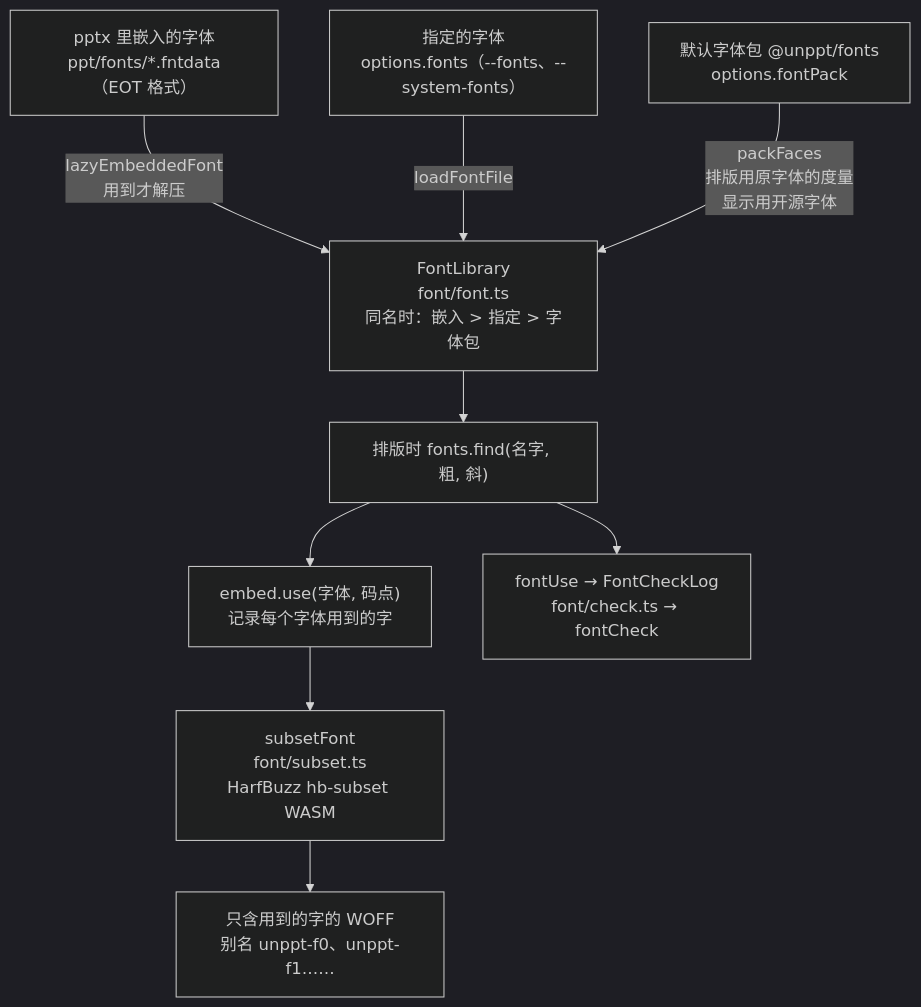
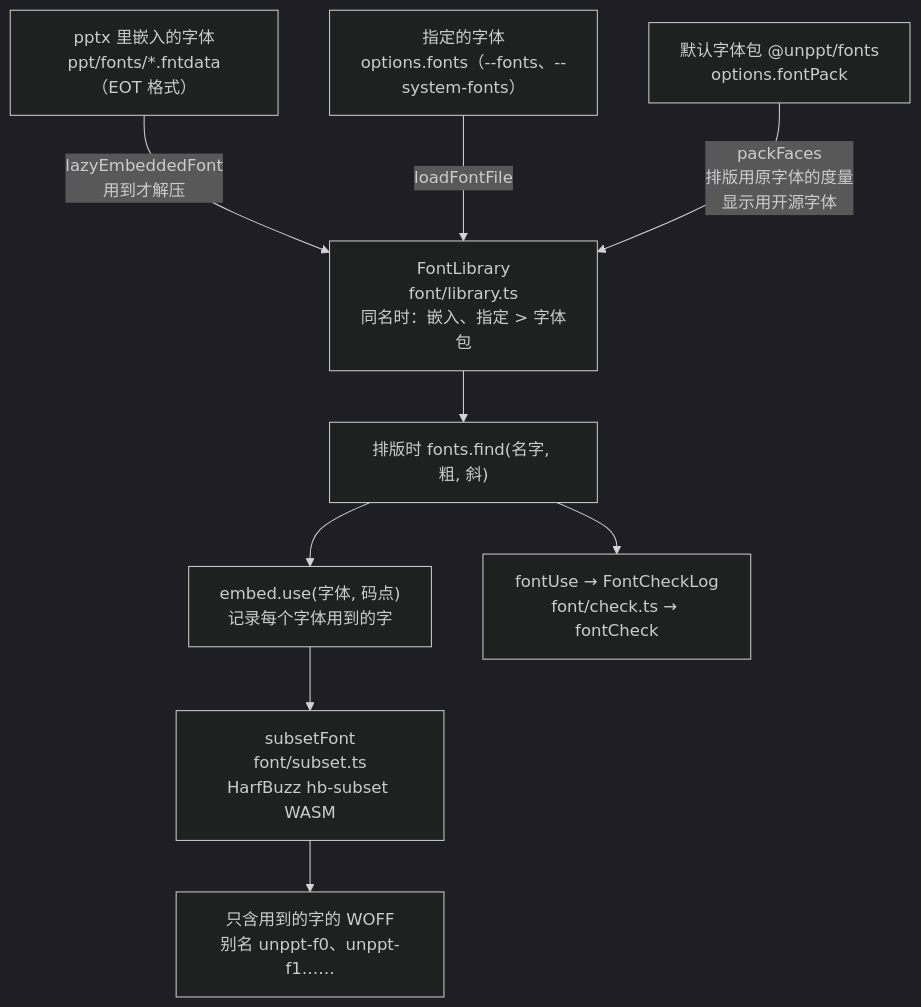
Diagram 17 of 22 in docs/zh/transcoding.md (spitmaster/unppt), drawn with Mermaid (dark theme) before and after one commit. The commit also changed other lines of this file and 1 other file, not shown here.

Commit message:
docs: 转码原理对照 0.3.1 代码更新——思源字体按缺字体替代（SPEC D3 ⑩）、可变字体取 Regular / Bold 实例、符号字体子集化前换 cmap、显示字形放进原字体格子；缩进 1/20 磅和"行首起点 + 行宽 + 右缩进"取整到 1/8 磅的断行规则、水平居中 anchorCtr（含表格单元格）、项目符号的新规则、人工加粗的颜料；图表文字字体 chart-fonts.ts、饼图最佳位置标签；公式 Fallback 图片正着铺；出图按能画全文字选字体；不写 -o 时的输出位置；效果数字换成 0.3.1

````diff
--- a/docs/zh/transcoding.md
+++ b/docs/zh/transcoding.md
@@ -778,11 +785,11 @@
 ```mermaid
 flowchart TD
   e["pptx 里嵌入的字体<br/>ppt/fonts/*.fntdata（EOT 格式）"] -->|"lazyEmbeddedFont<br/>用到才解压"| lib
   u["指定的字体<br/>options.fonts（--fonts、--system-fonts）"] -->|loadFontFile| lib
   p["默认字体包 @unppt/fonts<br/>options.fontPack"] -->|"packFaces<br/>排版用原字体的度量<br/>显示用开源字体"| lib
-  lib["FontLibrary<br/>font/font.ts<br/>同名时：嵌入 > 指定 > 字体包"] --> layout["排版时 fonts.find(名字, 粗, 斜)"]
+  lib["FontLibrary<br/>font/library.ts<br/>同名时：嵌入、指定 > 字体包"] --> layout["排版时 fonts.find(名字, 粗, 斜)"]
   layout --> use["embed.use(字体, 码点)<br/>记录每个字体用到的字"]
   layout --> chk["fontUse → FontCheckLog<br/>font/check.ts → fontCheck"]
   use --> sub["subsetFont<br/>font/subset.ts<br/>HarfBuzz hb-subset WASM"]
   sub --> woff["只含用到的字的 WOFF<br/>别名 unppt-f0、unppt-f1……"]
 ```
````
